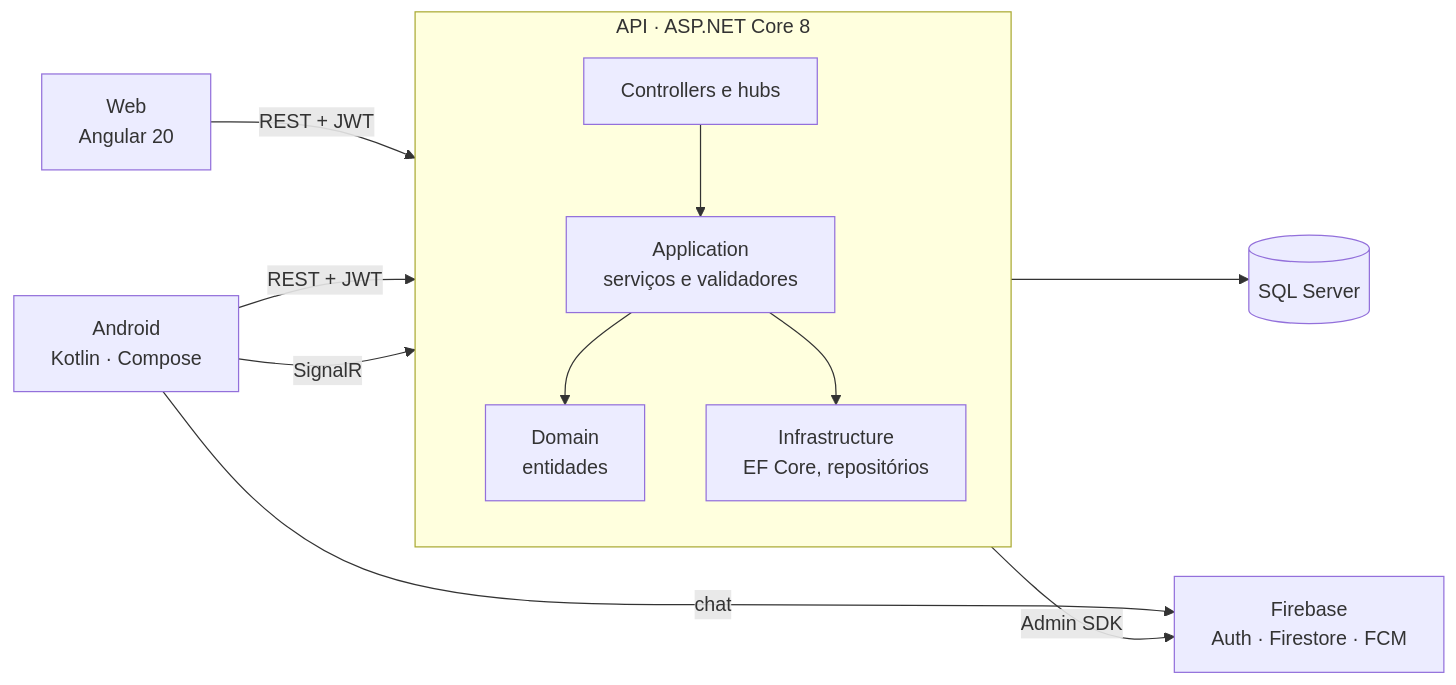
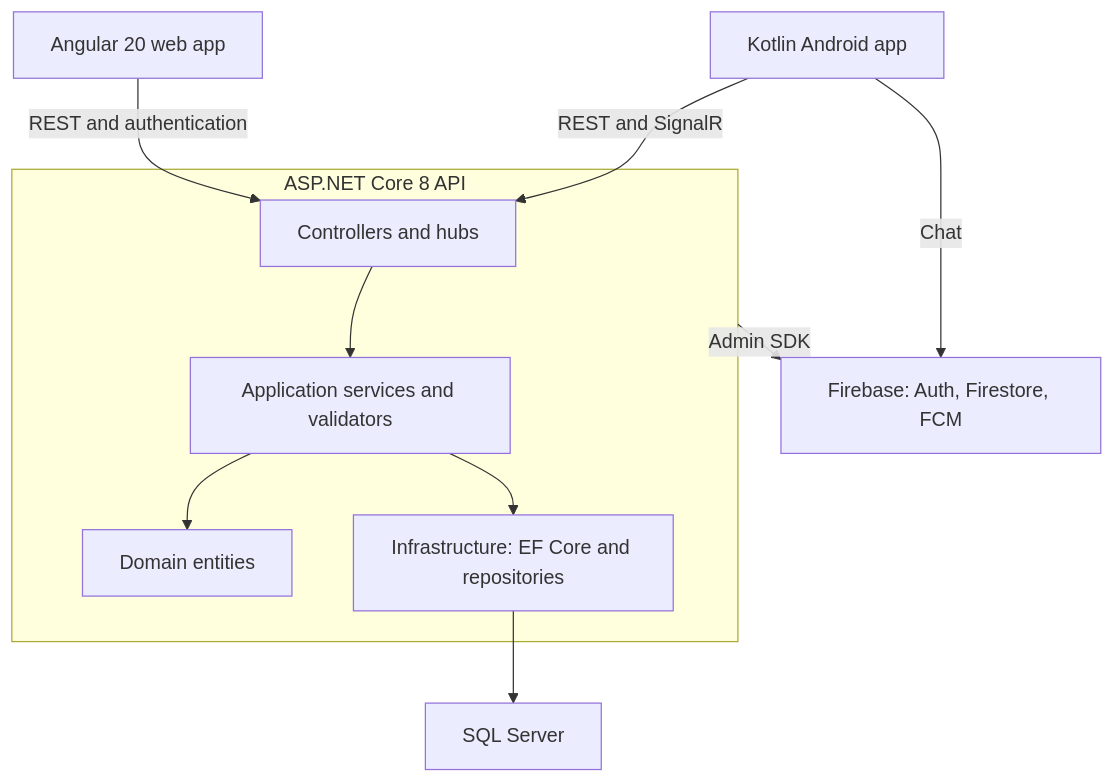
The diagram in README.md (fmpoliveira05-jpg/futebol-amador), drawn with Mermaid before and after one commit. The commit also changed other lines of this file and 3 other files, not shown here.

````diff
--- a/README.md
+++ b/README.md
@@ -71,15 +49,13 @@
 ```mermaid
-flowchart LR
-    web["Web<br/>Angular 20"] -->|REST + JWT| api
-    android["Android<br/>Kotlin · Compose"] -->|REST + JWT| api
-    android -->|SignalR| api
-    subgraph api["API · ASP.NET Core 8"]
-      direction TB
-      c[Controllers e hubs] --> s[Application<br/>serviços e validadores]
-      s --> d[Domain<br/>entidades]
-      s --> i[Infrastructure<br/>EF Core, repositórios]
+flowchart TD
+    web["Angular 20 web app"] -->|REST and authentication| c
+    android["Kotlin Android app"] -->|REST and SignalR| c
+    subgraph api["ASP.NET Core 8 API"]
+      c["Controllers and hubs"] --> s["Application services and validators"]
+      s --> d["Domain entities"]
+      s --> i["Infrastructure: EF Core and repositories"]
     end
-    i --> sql[(SQL Server)]
-    api -->|Admin SDK| fb[Firebase<br/>Auth · Firestore · FCM]
-    android -->|chat| fb
+    i --> sql["SQL Server"]
+    api -->|Admin SDK| fb["Firebase: Auth, Firestore, FCM"]
+    android -->|Chat| fb
 ```
````
